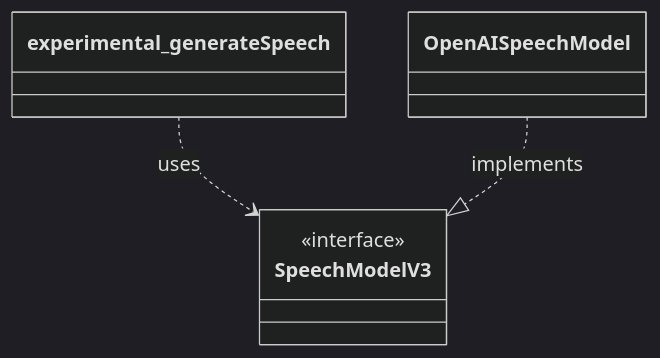
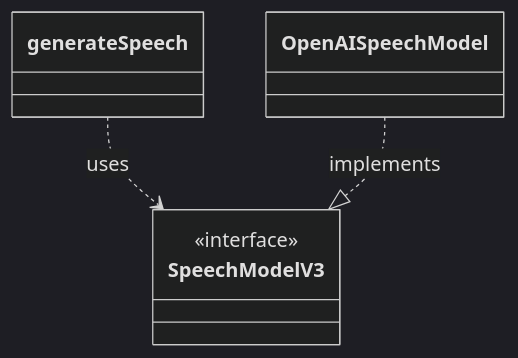
The seventh of 8 diagrams in architecture/provider-abstraction.md (vercel/ai), drawn with Mermaid (dark theme) before and after one commit. The commit also changed other lines of this file, not shown here.

````diff
--- a/architecture/provider-abstraction.md
+++ b/architecture/provider-abstraction.md
@@ -165,11 +162,11 @@
 ```mermaid
 classDiagram
-    class experimental_generateSpeech
+    class generateSpeech
     class SpeechModelV3 {
       <<interface>>
     }
     class OpenAISpeechModel
 
-    experimental_generateSpeech ..> SpeechModelV3 : uses
+    generateSpeech ..> SpeechModelV3 : uses
     OpenAISpeechModel ..|> SpeechModelV3 : implements
 ```
````
